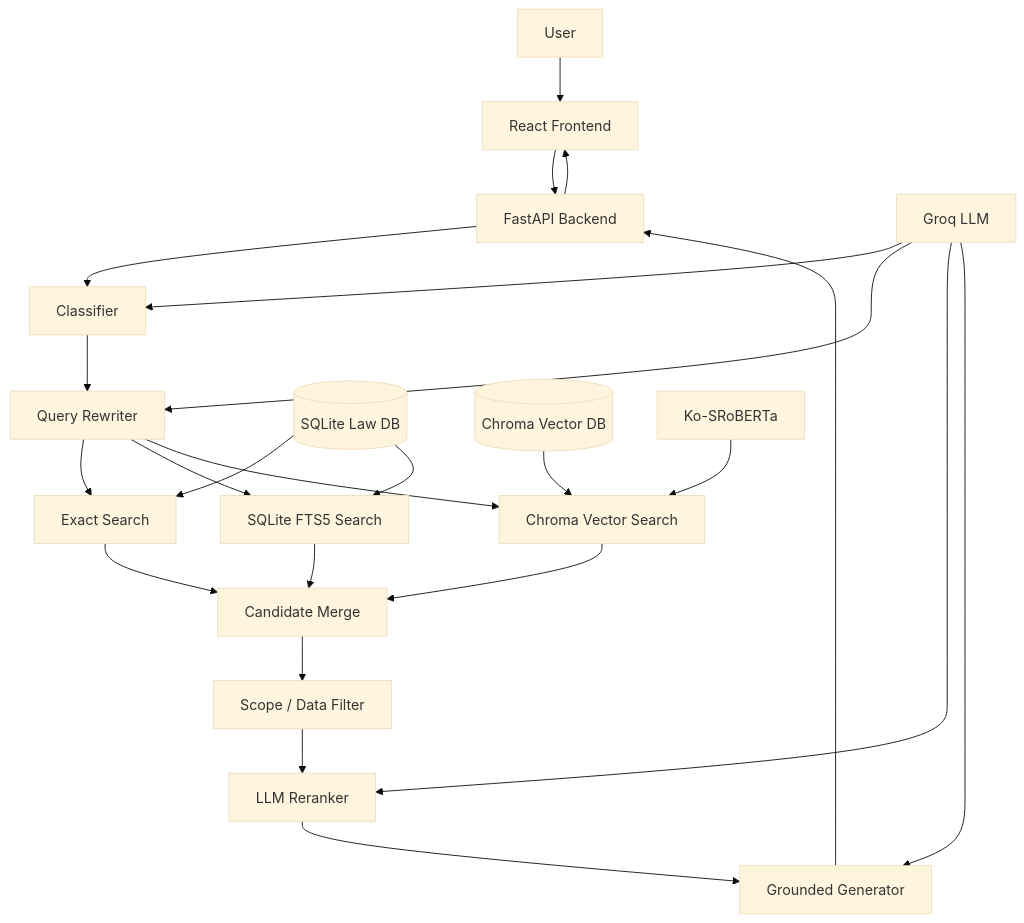
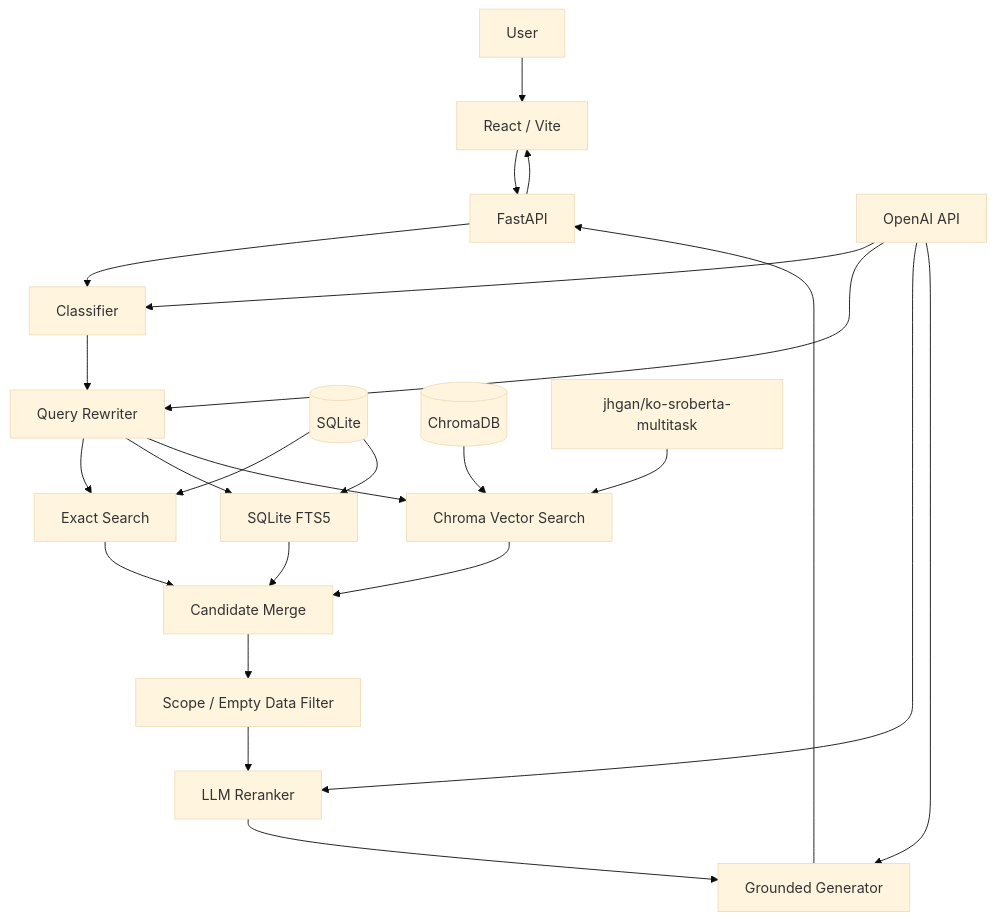
The diagram in README.md (Lee-TaeGeon/Law-Action-Assistant), drawn with Mermaid (base theme) before and after one commit. The commit also changed other lines of this file, not shown here.

Commit message:
문서: OpenAI 전환 및 전체 배포 과정 README 반영

````diff
--- a/README.md
+++ b/README.md
@@ -167,40 +202,36 @@
 ```mermaid
 flowchart TD
 
-    U[User] --> R[React Frontend]
+    U[User] --> FE[React / Vite]
 
-    R --> API[FastAPI Backend]
+    FE --> API[FastAPI]
 
     API --> C[Classifier]
+    C --> QR[Query Rewriter]
 
-    C --> Q[Query Rewriter]
+    QR --> E[Exact Search]
+    QR --> K[SQLite FTS5]
+    QR --> V[Chroma Vector Search]
 
-    Q --> S1[Exact Search]
-    Q --> S2[SQLite FTS5 Search]
-    Q --> S3[Chroma Vector Search]
+    E --> M[Candidate Merge]
+    K --> M
+    V --> M
 
-    S1 --> M[Candidate Merge]
-    S2 --> M
-    S3 --> M
-
-    M --> F[Scope / Data Filter]
-
-    F --> RR[LLM Reranker]
-
-    RR --> G[Grounded Generator]
+    M --> F[Scope / Empty Data Filter]
+    F --> R[LLM Reranker]
+    R --> G[Grounded Generator]
 
     G --> API
-    API --> R
+    API --> FE
 
-    DB1[(SQLite Law DB)] --> S1
-    DB1 --> S2
+    DB1[(SQLite)] --> E
+    DB1 --> K
 
-    DB2[(Chroma Vector DB)] --> S3
+    DB2[(ChromaDB)] --> V
 
-    EMB[Ko-SRoBERTa] --> S3
-
-    LLM[Groq LLM] --> C
-    LLM --> Q
-    LLM --> RR
-    LLM --> G
+    EMB[jhgan/ko-sroberta-multitask] --> V
+    OAI[OpenAI API] --> C
+    OAI --> QR
+    OAI --> R
+    OAI --> G
 ```
````
